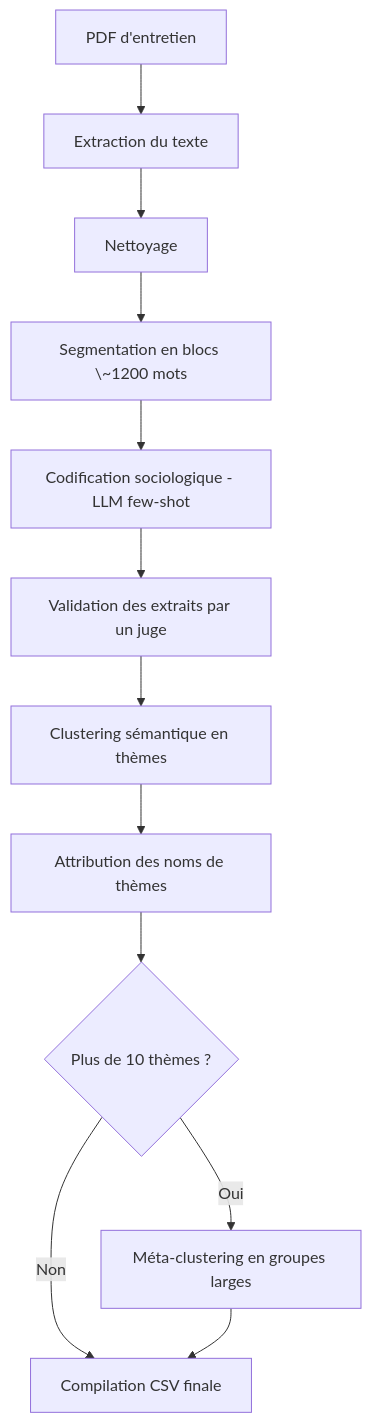
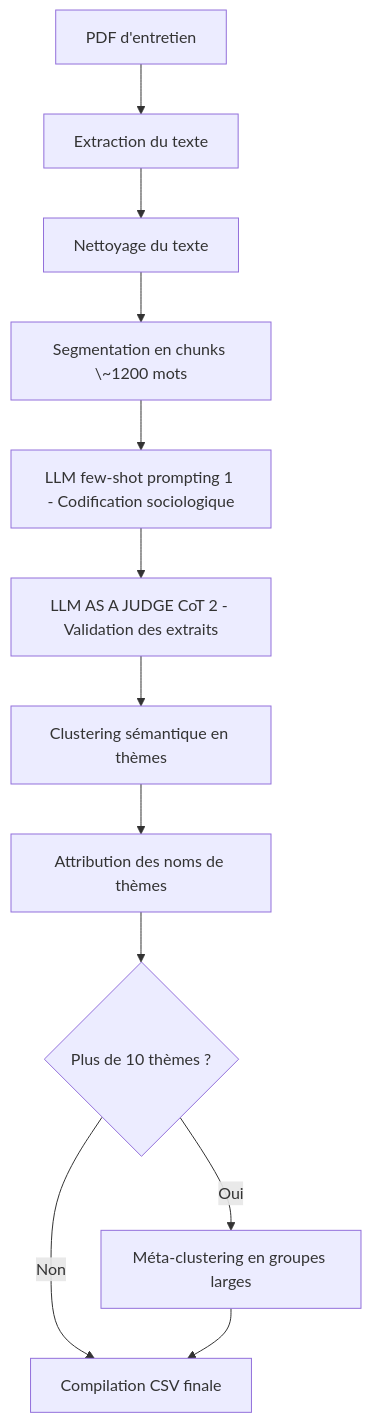
One commit to mandresyandri/code-social changed the diagram in README.md. Above: the diagram before and after it, drawn with Mermaid.

Commit message:
Mise à jour mermaid.js

````diff
--- a/README.md
+++ b/README.md
@@ -53,14 +53,14 @@
 ```mermaid
 graph TD
     A[PDF d'entretien] --> B[Extraction du texte]
-    B --> C[Nettoyage]
-    C --> D[Segmentation en blocs \~1200 mots]
-    D --> E[Codification sociologique - LLM few-shot]
-    E --> F[Validation des extraits par un juge]
+    B --> C[Nettoyage du texte]
+    C --> D[Segmentation en chunks \~1200 mots]
+    D --> E[LLM few-shot prompting 1 - Codification sociologique]
+    E --> F[LLM AS A JUDGE CoT 2 - Validation des extraits]
     F --> G[Clustering sémantique en thèmes]
     G --> H[Attribution des noms de thèmes]
     H --> I{Plus de 10 thèmes ?}
     I -- Oui --> J[Méta-clustering en groupes larges]
     I -- Non --> K[Compilation CSV finale]
     J --> K
 ```
````
